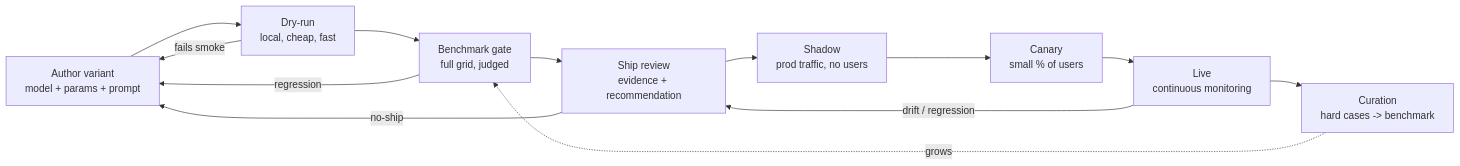
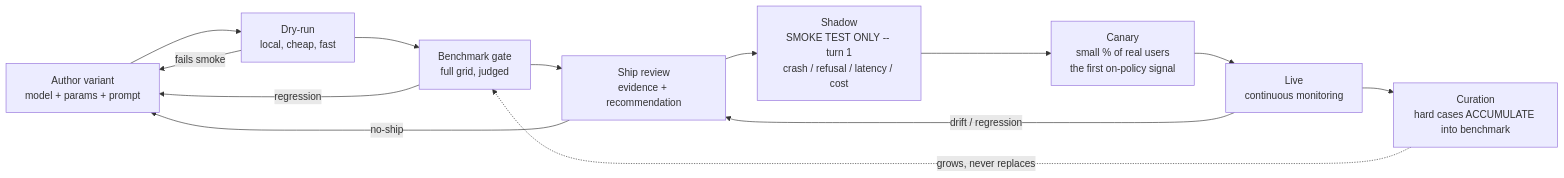
One commit to lysh1995/model_eval changed the first of 7 diagrams in docs/FLOWS.md. Above: the diagram before and after it, drawn with Mermaid. The commit also changed other lines of this file and 33 other files, not shown here.

First line of the commit message:
Benchmark catalogue; correct the shadow-deployment flow

````diff
--- a/docs/FLOWS.md
+++ b/docs/FLOWS.md
@@ -14,15 +14,15 @@
 ```mermaid
 flowchart LR
     A[Author variant<br/>model + params + prompt] --> B[Dry-run<br/>local, cheap, fast]
     B -->|fails smoke| A
     B --> C[Benchmark gate<br/>full grid, judged]
     C -->|regression| A
     C --> D[Ship review<br/>evidence + recommendation]
     D -->|no-ship| A
-    D --> E[Shadow<br/>prod traffic, no users]
-    E --> F[Canary<br/>small % of users]
+    D --> E[Shadow<br/>SMOKE TEST ONLY -- turn 1<br/>crash / refusal / latency / cost]
+    E --> F[Canary<br/>small % of real users<br/>the first on-policy signal]
     F --> G[Live<br/>continuous monitoring]
     G -->|drift / regression| D
-    G --> H[Curation<br/>hard cases -> benchmark]
-    H -.grows.-> C
+    G --> H[Curation<br/>hard cases ACCUMULATE into benchmark]
+    H -.grows, never replaces.-> C
 ```
````
